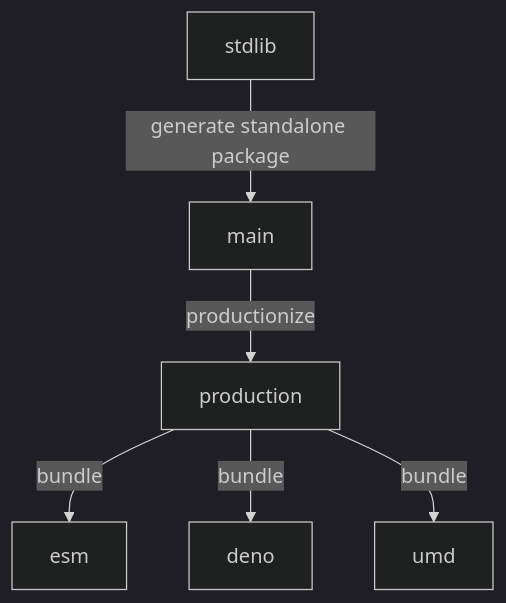
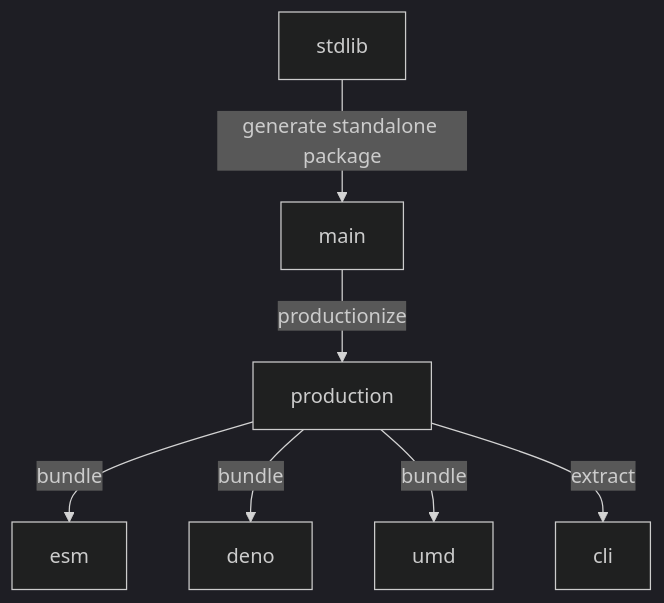
Before and after one commit to stdlib-js/utils-open-url: the diagram in branches.md, drawn with Mermaid (dark theme). The commit also changed other lines of this file and 8 other files, not shown here.

````diff
--- a/branches.md
+++ b/branches.md
@@ -33,15 +34,17 @@
 ```mermaid
 graph TD;
 A[stdlib]-->|generate standalone package|B;
 B[main] -->|productionize| C[production];
 C -->|bundle| D[esm];
 C -->|bundle| E[deno];
 C -->|bundle| F[umd];
+C -->|extract| G[cli];
 
-click A href "https://github.com/stdlib-js/stdlib/tree/develop/lib/node_modules/%40stdlib/utils/open-url"
-click B href "https://github.com/stdlib-js/utils-open-url/tree/main"
-click C href "https://github.com/stdlib-js/utils-open-url/tree/production"
-click D href "https://github.com/stdlib-js/utils-open-url/tree/esm"
-click E href "https://github.com/stdlib-js/utils-open-url/tree/deno"
-click F href "https://github.com/stdlib-js/utils-open-url/tree/umd"
+%% click A href "https://github.com/stdlib-js/stdlib/tree/develop/lib/node_modules/%40stdlib/utils/open-url"
+%% click B href "https://github.com/stdlib-js/utils-open-url/tree/main"
+%% click C href "https://github.com/stdlib-js/utils-open-url/tree/production"
+%% click D href "https://github.com/stdlib-js/utils-open-url/tree/esm"
+%% click E href "https://github.com/stdlib-js/utils-open-url/tree/deno"
+%% click F href "https://github.com/stdlib-js/utils-open-url/tree/umd"
+%% click G href "https://github.com/stdlib-js/utils-open-url/tree/cli"
 ```
````
